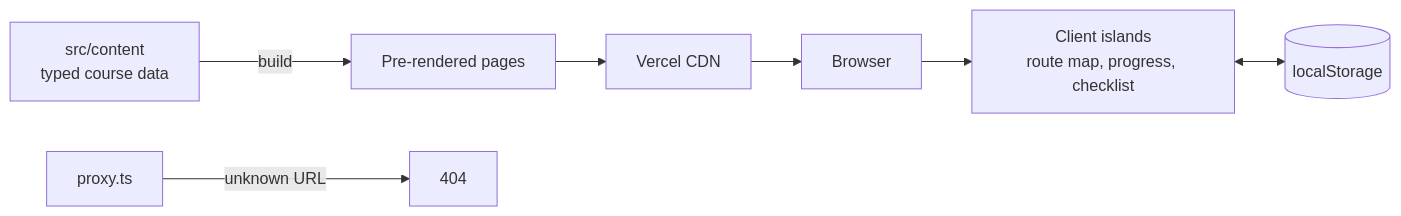
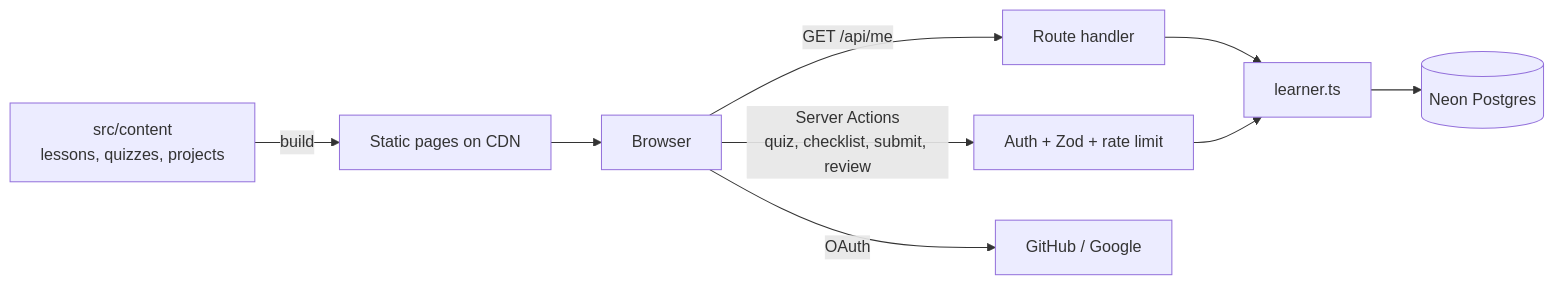
The diagram in README.md (osamaayub/webdev-path-lms), drawn with Mermaid before and after one commit. The commit also changed other lines of this file, not shown here.

Commit message:
LMS v2: sign-in, Neon Postgres, quizzes, graded assignments, admin reviews

````diff
--- a/README.md
+++ b/README.md
@@ -110,8 +148,11 @@
 ```mermaid
 flowchart LR
-  C[src/content<br/>typed course data] -->|build| P[Pre-rendered pages]
-  P --> CDN[Vercel CDN] --> B[Browser]
-  B --> I[Client islands<br/>route map, progress, checklist]
-  I <--> S[(localStorage)]
-  X[proxy.ts] -->|unknown URL| N[404]
+  C[src/content<br/>lessons, quizzes, projects] -->|build| P[Static pages on CDN]
+  P --> B[Browser]
+  B -->|GET /api/me| A[Route handler]
+  B -->|Server Actions<br/>quiz, checklist, submit, review| SA[Auth + Zod + rate limit]
+  A --> L[learner.ts]
+  SA --> L
+  L --> DB[(Neon Postgres)]
+  B -->|OAuth| GH[GitHub / Google]
 ```
````
